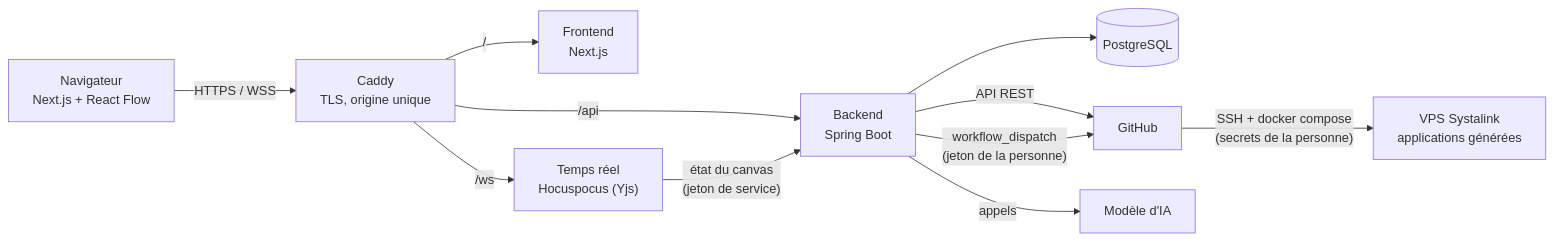
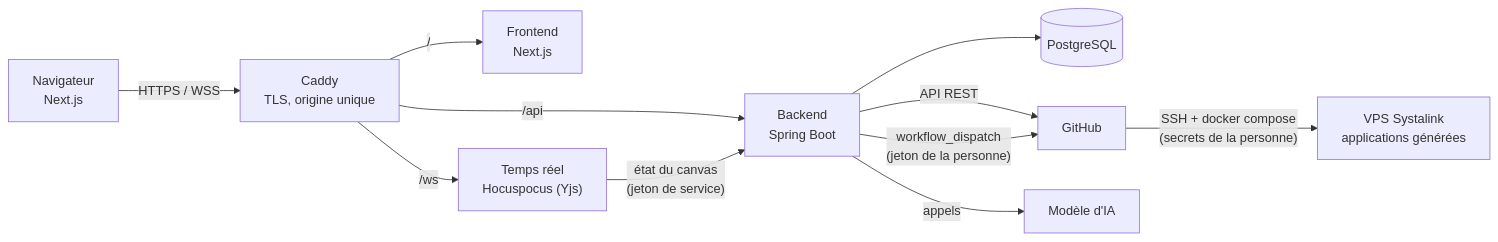
One commit to Pouye15/Lonkoo changed the diagram in docs/architecture.md. Above: the diagram before and after it, drawn with Mermaid. The commit also changed other lines of this file and 12 other files, not shown here.

````diff
--- a/docs/architecture.md
+++ b/docs/architecture.md
@@ -7,13 +7,13 @@
 ```mermaid
 flowchart LR
-  U["Navigateur<br/>Next.js + React Flow"] -- "HTTPS / WSS" --> P["Caddy<br/>TLS, origine unique"]
+  U["Navigateur<br/>Next.js"] -- "HTTPS / WSS" --> P["Caddy<br/>TLS, origine unique"]
   P -- "/" --> F["Frontend<br/>Next.js"]
   P -- "/api" --> B["Backend<br/>Spring Boot"]
   P -- "/ws" --> R["Temps réel<br/>Hocuspocus (Yjs)"]
   R -- "état du canvas<br/>(jeton de service)" --> B
   B --> DB[("PostgreSQL")]
   B -- "API REST" --> GH["GitHub"]
   B -- "appels" --> IA["Modèle d'IA"]
   B -- "workflow_dispatch<br/>(jeton de la personne)" --> GH
   GH -- "SSH + docker compose<br/>(secrets de la personne)" --> S["VPS Systalink<br/>applications générées"]
 ```
````
